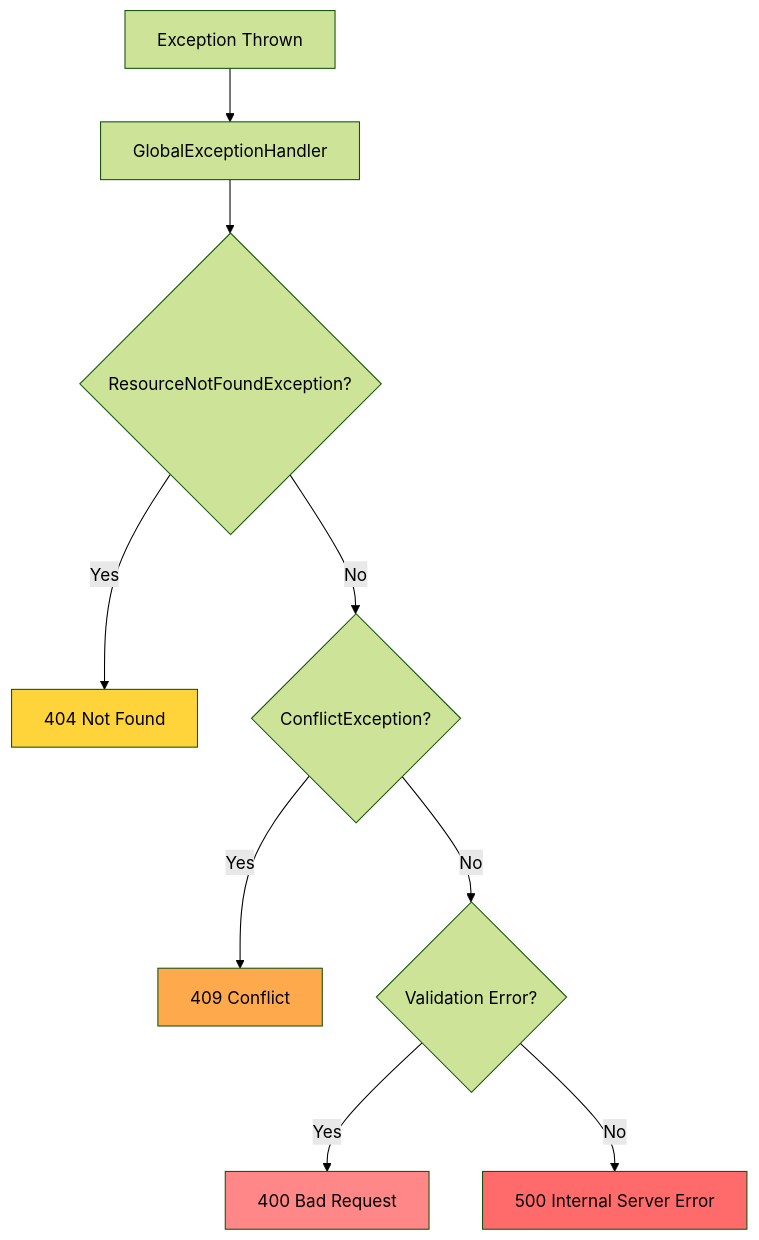
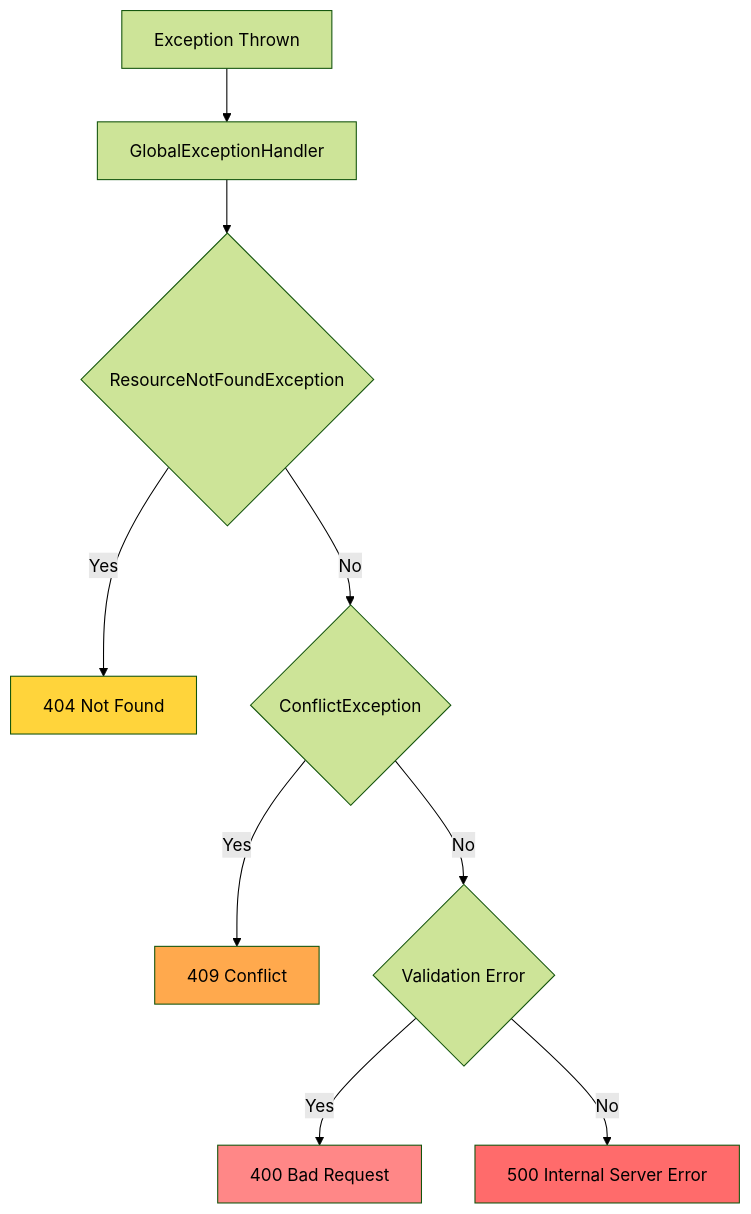
Before and after one commit to berserk3142-max/REST-API-for-a-Task-Management-system: the eighth of 8 diagrams in README.md, drawn with Mermaid (forest theme). The commit also changed other lines of this file, not shown here.

````diff
--- a/README.md
+++ b/README.md
@@ -345,20 +345,20 @@
 ```mermaid
 flowchart TD
-    E["Exception Thrown"] --> GEH["GlobalExceptionHandler"]
+    E[Exception Thrown] --> GEH[GlobalExceptionHandler]
     
-    GEH --> RNF{"ResourceNotFoundException?"}
-    RNF -->|Yes| R404["404 Not Found"]
+    GEH --> RNF{ResourceNotFoundException}
+    RNF -->|Yes| R404[404 Not Found]
     
-    RNF -->|No| CE{"ConflictException?"}
-    CE -->|Yes| R409["409 Conflict"]
+    RNF -->|No| CE{ConflictException}
+    CE -->|Yes| R409[409 Conflict]
     
-    CE -->|No| VE{"Validation Error?"}
-    VE -->|Yes| R400["400 Bad Request"]
+    CE -->|No| VE{Validation Error}
+    VE -->|Yes| R400[400 Bad Request]
     
-    VE -->|No| R500["500 Internal Server Error"]
+    VE -->|No| R500[500 Internal Server Error]
     
     style R404 fill:#ffd43b
     style R409 fill:#ffa94d
     style R400 fill:#ff8787
     style R500 fill:#ff6b6b
 ```
````
